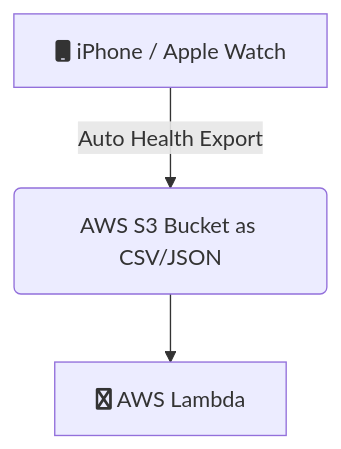
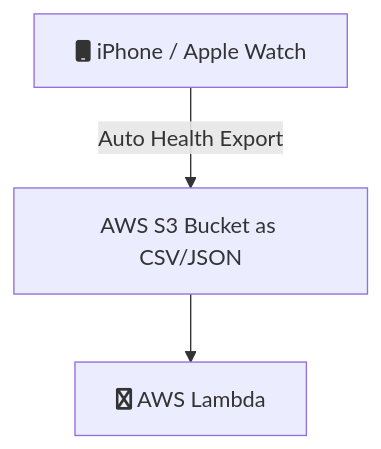
Before and after one commit to namtonthat/apple-health-data: the diagram in README.md, drawn with Mermaid. The commit also changed other lines of this file and 1 other file, not shown here.

````diff
--- a/README.md
+++ b/README.md
@@ -4,5 +4,5 @@
 ```mermaid
 graph TD
-    A[fa:fa-mobile iPhone / Apple Watch] -->|Auto Health Export| B(AWS S3 Bucket as CSV/JSON)
+    A[fa:fa-mobile iPhone / Apple Watch] -->|Auto Health Export| B[AWS S3 Bucket as CSV/JSON]
     B --> C[fa:fa-aws AWS Lambda]
 ```
````
